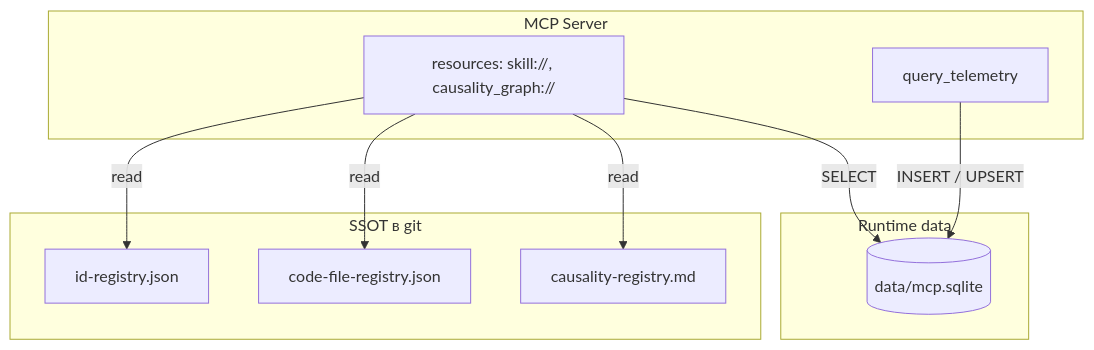
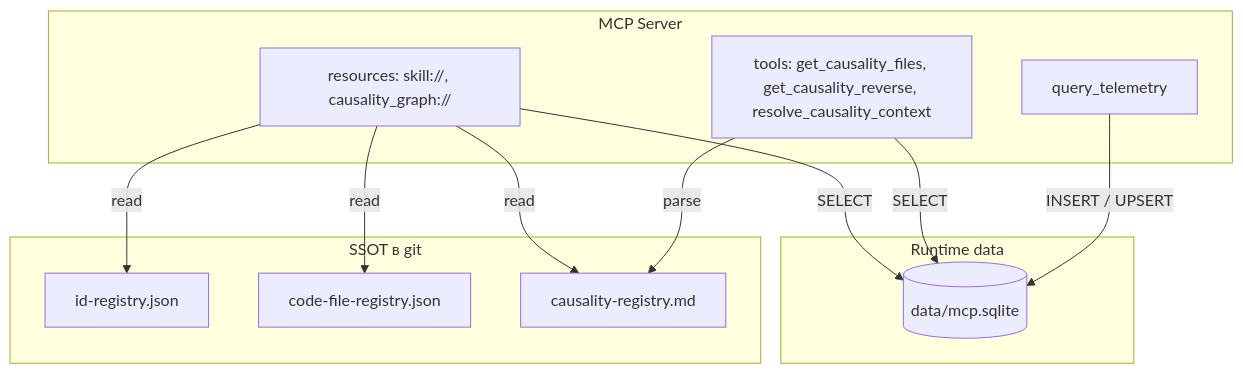
One commit to aoponomarev/mmb changed the diagram in docs/ais/ais-mcp-data-flow.md. Above: the diagram before and after it, drawn with Mermaid. The commit also changed other lines of this file and 47 other files, not shown here.

First line of the commit message:
chore(docs): update causality graph tools documentation and registry

````diff
--- a/docs/ais/ais-mcp-data-flow.md
+++ b/docs/ais/ais-mcp-data-flow.md
@@ -48,23 +48,26 @@
 ```mermaid
 flowchart TD
     subgraph ssot [SSOT в git]
         ID[id-registry.json]
         CF[code-file-registry.json]
         CR[causality-registry.md]
     end
 
     subgraph runtime [Runtime data]
         DB[(data/mcp.sqlite)]
     end
 
     subgraph mcp [MCP Server]
         RES[resources: skill://, causality_graph://]
+        GRAPH[tools: get_causality_files, get_causality_reverse, resolve_causality_context]
         TEL[query_telemetry]
     end
 
     RES -->|read| ID
     RES -->|read| CF
     RES -->|read| CR
     RES -->|SELECT| DB
+    GRAPH -->|SELECT| DB
+    GRAPH -->|parse| CR
     TEL -->|INSERT / UPSERT| DB
 ```
````
